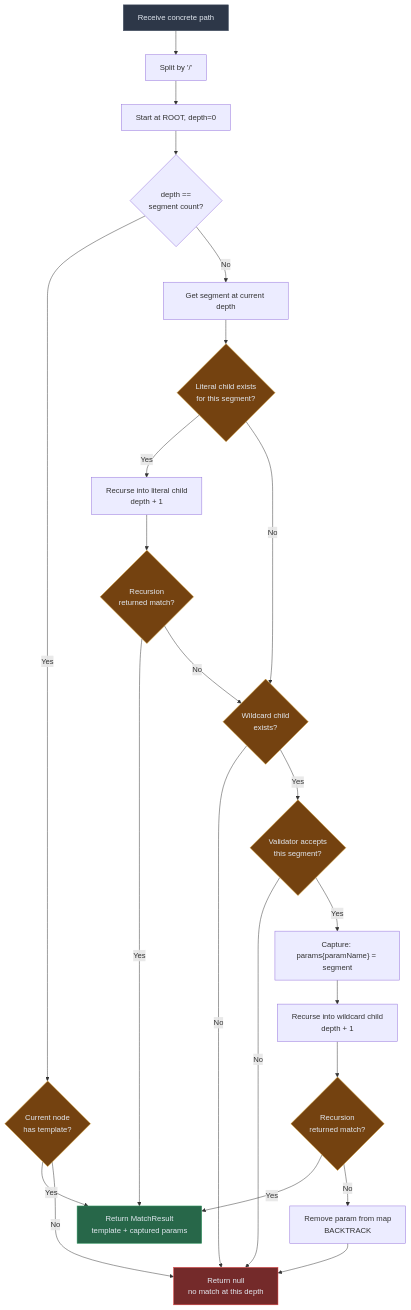
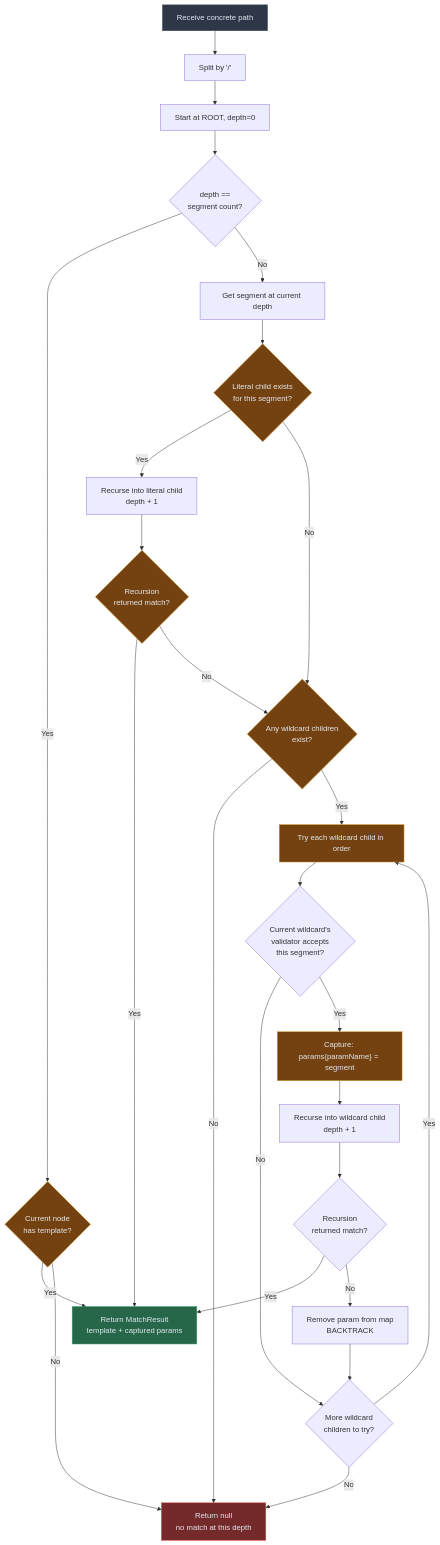
The second of 3 diagrams in README.md (Secful/url_learning_v2), drawn with Mermaid before and after one commit. The commit also changed other lines of this file, not shown here.

````diff
--- a/README.md
+++ b/README.md
@@ -264,35 +277,38 @@
 ```mermaid
 flowchart TD
     A[Receive concrete path] --> B[Split by '/']
     B --> C["Start at ROOT, depth=0"]
     C --> D{depth == <br/>segment count?}
     D -- Yes --> E{Current node<br/>has template?}
     E -- Yes --> F[Return MatchResult<br/>template + captured params]
     E -- No --> G[Return null<br/>no match at this depth]
     D -- No --> H["Get segment at current depth"]
     H --> I{Literal child exists<br/>for this segment?}
     I -- Yes --> J[Recurse into literal child<br/>depth + 1]
     J --> K{Recursion<br/>returned match?}
     K -- Yes --> F
-    K -- No --> L{Wildcard child<br/>exists?}
+    K -- No --> L{Any wildcard children<br/>exist?}
     I -- No --> L
     L -- No --> G
-    L -- Yes --> M{Validator accepts<br/>this segment?}
-    M -- No --> G
-    M -- Yes -->     N["Capture: params#lbrace;paramName#rbrace; = segment"]
-    N --> O[Recurse into wildcard child<br/>depth + 1]
-    O --> P{Recursion<br/>returned match?}
-    P -- Yes --> F
-    P -- No --> Q[Remove param from map<br/>BACKTRACK]
-    Q --> G
+    L -- Yes --> M["Try each wildcard child in order"]
+    M --> N{Current wildcard's<br/>validator accepts<br/>this segment?}
+    N -- No --> O{More wildcard<br/>children to try?}
+    O -- Yes --> M
+    O -- No --> G
+    N -- Yes --> P["Capture: params#lbrace;paramName#rbrace; = segment"]
+    P --> Q[Recurse into wildcard child<br/>depth + 1]
+    Q --> R{Recursion<br/>returned match?}
+    R -- Yes --> F
+    R -- No --> S[Remove param from map<br/>BACKTRACK]
+    S --> O
 
     style A fill:#2d3748,stroke:#4a5568,color:#e2e8f0
     style F fill:#276749,stroke:#38a169,color:#e2e8f0
     style G fill:#742a2a,stroke:#e53e3e,color:#e2e8f0
     style I fill:#744210,stroke:#d69e2e,color:#e2e8f0
     style L fill:#744210,stroke:#d69e2e,color:#e2e8f0
     style M fill:#744210,stroke:#d69e2e,color:#e2e8f0
     style E fill:#744210,stroke:#d69e2e,color:#e2e8f0
     style K fill:#744210,stroke:#d69e2e,color:#e2e8f0
     style P fill:#744210,stroke:#d69e2e,color:#e2e8f0
 ```
````
